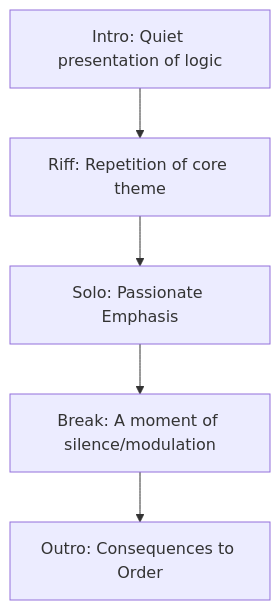
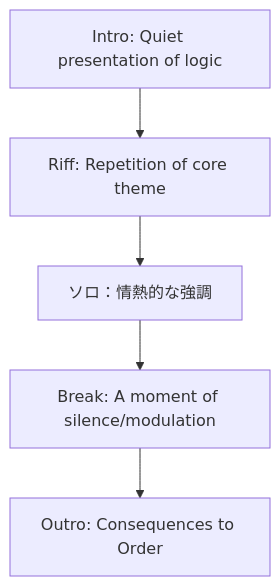
The first of 3 diagrams in en/_posts/2025-10-25-column-takaichi-metal.md (monumental-movement/monumental-movement.github.io), drawn with Mermaid before and after one commit. The commit also changed other lines of this file and 1012 other files, not shown here.

```diff
--- a/en/_posts/2025-10-25-column-takaichi-metal.md
+++ b/en/_posts/2025-10-25-column-takaichi-metal.md
@@ -104,12 +104,12 @@
 <div class="mermaid">
 
 flowchart TD
     A["Intro: Quiet presentation of logic"]
     B["Riff: Repetition of core theme"]
-    C["Solo: Passionate Emphasis"]
+    C["ソロ：情熱的な強調"]
     D["Break: A moment of silence/modulation"]
     E["Outro: Consequences to Order"]
 
     A --> B --> C --> D --> E
 
 </div>
```
